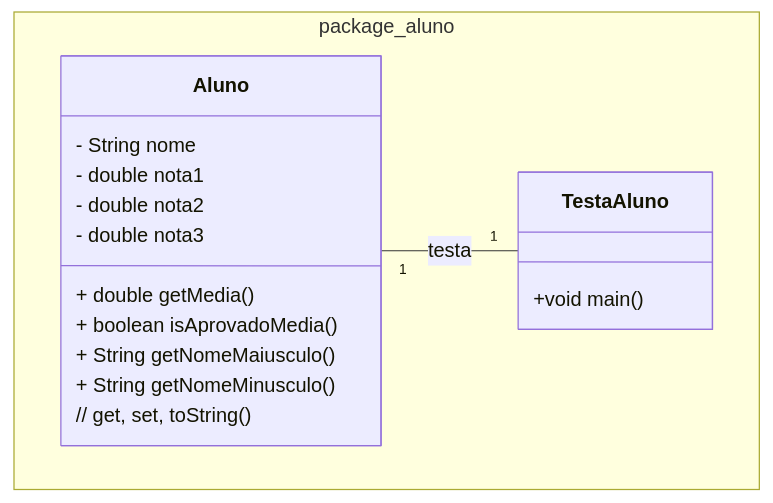
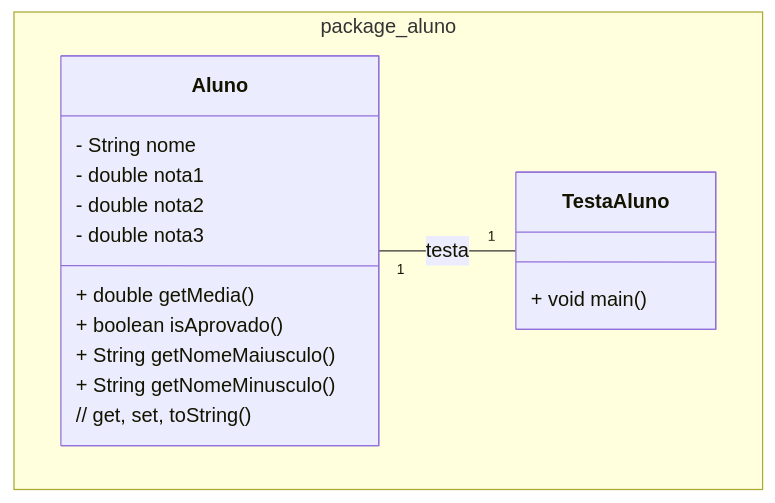
One commit to ap3ufersa/ap3_2026.1_xicoArruda changed the first of 2 diagrams in unidade1/aula4.md. Above: the diagram before and after it, drawn with Mermaid. The commit also changed other lines of this file and 1 other file, not shown here.

First line of the commit message:
Refine unidade1 exercises and diagrams

````diff
--- a/unidade1/aula4.md
+++ b/unidade1/aula4.md
@@ -13,21 +19,20 @@
 ```mermaid
 classDiagram
     namespace package_aluno {
         class Aluno {
             - String nome
             - double nota1
             - double nota2
             - double nota3
             + double getMedia()
-            + boolean isAprovadoMedia()
+            + boolean isAprovado()
             + String getNomeMaiusculo()
             + String getNomeMinusculo()
             // get, set, toString()
         }
-
         class TestaAluno {
-            +void main()
+            + void main()
         }
     }
     Aluno "1" -- "1" TestaAluno : testa
 ```
````
